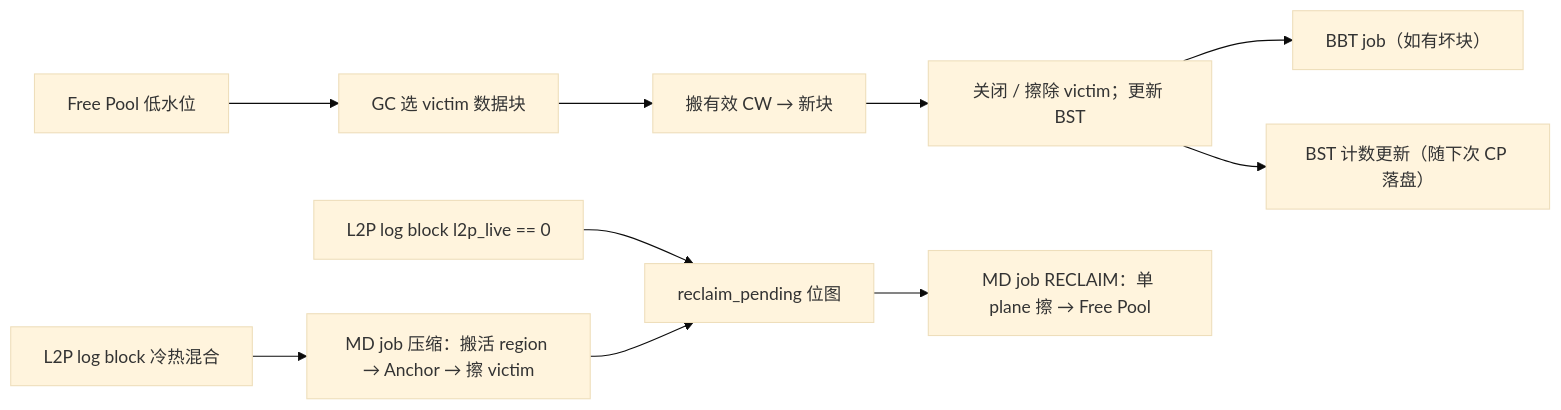
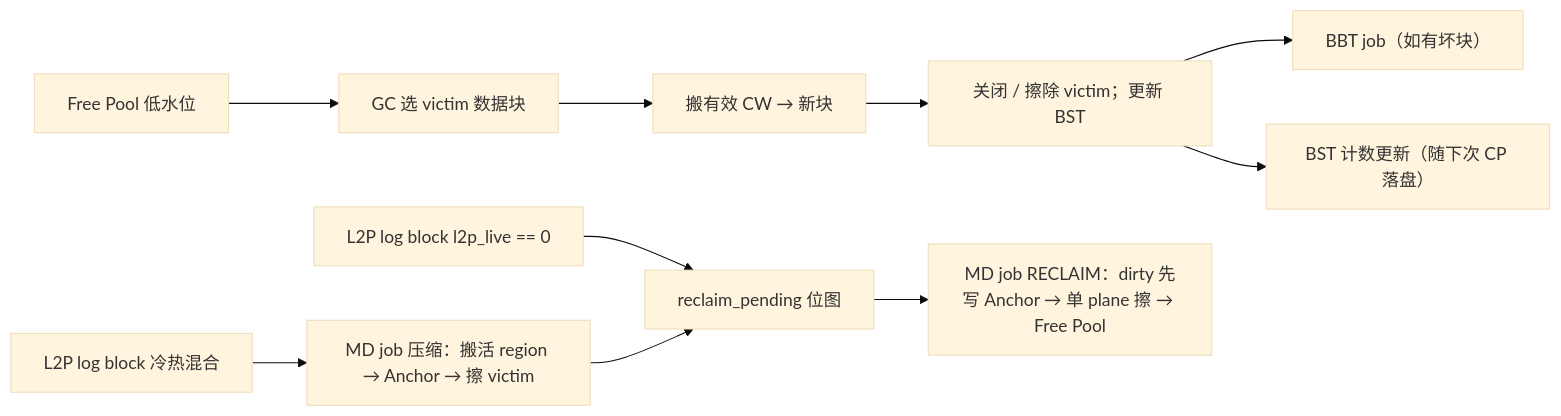
The fifth of 32 diagrams in docs/design/ftl_design.md (YzYMIAO/BASESSD), drawn with Mermaid (base theme) before and after one commit. The commit also changed other lines of this file and 60 other files, not shown here.

````diff
--- a/docs/design/ftl_design.md
+++ b/docs/design/ftl_design.md
@@ -897,12 +897,12 @@
 ```mermaid
 flowchart LR
     FP["Free Pool 低水位"] --> GC["GC 选 victim 数据块"]
     GC --> MV["搬有效 CW → 新块"]
     MV --> CL["关闭 / 擦除 victim；更新 BST"]
     CL --> BBTJ["BBT job（如有坏块）"]
     CL --> WJ["BST 计数更新（随下次 CP 落盘）"]
     L2P["L2P log block l2p_live == 0"] --> RP["reclaim_pending 位图"]
-    RP --> RJ["MD job RECLAIM：单 plane 擦 → Free Pool"]
+    RP --> RJ["MD job RECLAIM：dirty 先写 Anchor → 单 plane 擦 → Free Pool"]
     COLD["L2P log block 冷热混合"] --> MC["MD job 压缩：搬活 region → Anchor → 擦 victim"]
     MC --> RP
 ```
````
